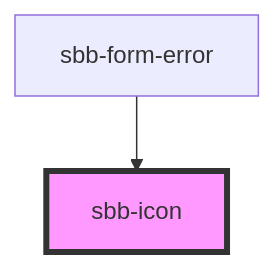
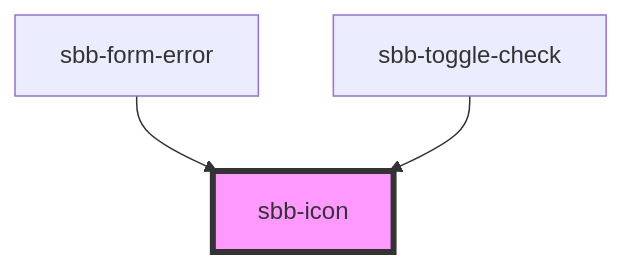
One commit to sbb-design-systems/lyne-components changed the diagram in src/components/sbb-icon/readme.md. Above: the diagram before and after it, drawn with Mermaid. The commit also changed other lines of this file and 2 other files, not shown here.

Commit message:
fix: inserted token for error icon

````diff
--- a/src/components/sbb-icon/readme.md
+++ b/src/components/sbb-icon/readme.md
@@ -94,5 +95,6 @@
 ```mermaid
 graph TD;
   sbb-form-error --> sbb-icon
+  sbb-toggle-check --> sbb-icon
   style sbb-icon fill:#f9f,stroke:#333,stroke-width:4px
 ```
````
